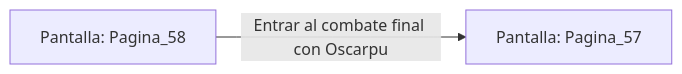
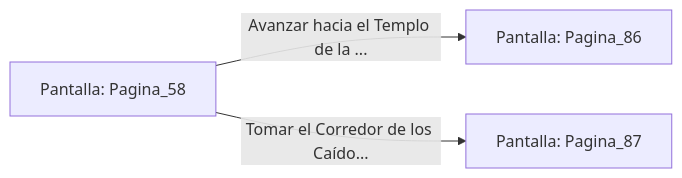
One commit to metsuke/mpl changed the diagram in sample/eligejuego-vault/Pantalla_Pagina_58.md. Above: the diagram before and after it, drawn with Mermaid. The commit also changed other lines of this file and 635 other files, not shown here.

First line of the commit message:
fix: añadir Pagina_1 como pantalla inicial en capitulo_01.mpl

````diff
--- a/sample/eligejuego-vault/Pantalla_Pagina_58.md
+++ b/sample/eligejuego-vault/Pantalla_Pagina_58.md
@@ -14,5 +24,6 @@
 ```mermaid
 graph LR
     P_Pagina_58["Pantalla: Pagina_58"]
-    P_Pagina_58 -->|"Entrar al combate final con Oscarpu"| P_Pagina_57["Pantalla: Pagina_57"]
+    P_Pagina_58 -->|"Avanzar hacia el Templo de la ..."| P_Pagina_86["Pantalla: Pagina_86"]
+    P_Pagina_58 -->|"Tomar el Corredor de los Caído..."| P_Pagina_87["Pantalla: Pagina_87"]
 ```
````
